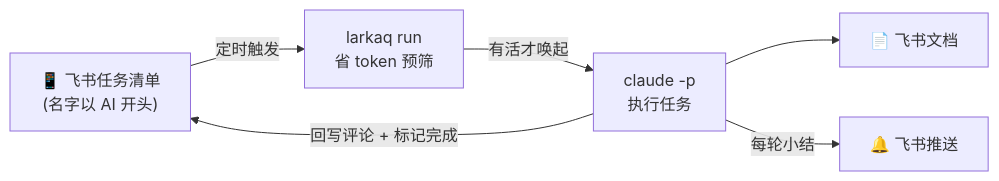
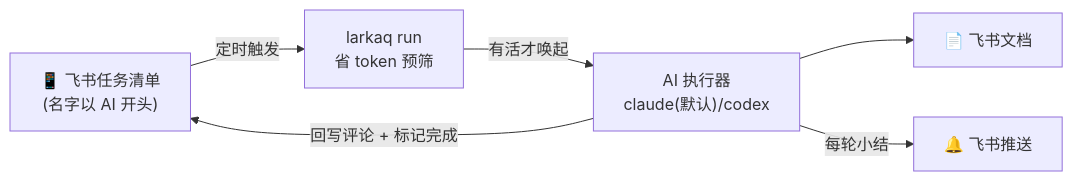
One commit to diguike/lark-ai-task-queue changed the diagram in README.md. Above: the diagram before and after it, drawn with Mermaid. The commit also changed other lines of this file and 10 other files, not shown here.

First line of the commit message:
feat: 可插拔 AI 执行器 —— 默认 Claude Code,可配置切换 Codex

````diff
--- a/README.md
+++ b/README.md
@@ -15,8 +15,8 @@
 ```mermaid
 flowchart LR
     A["📱 飞书任务清单<br/>(名字以 AI 开头)"] -->|定时触发| B["larkaq run<br/>省 token 预筛"]
-    B -->|有活才唤起| C["claude -p<br/>执行任务"]
+    B -->|有活才唤起| C["AI 执行器<br/>claude(默认)/codex"]
     C --> D["📄 飞书文档"]
     C -->|回写评论 + 标记完成| A
     C -->|每轮小结| E["🔔 飞书推送"]
 ```
````
